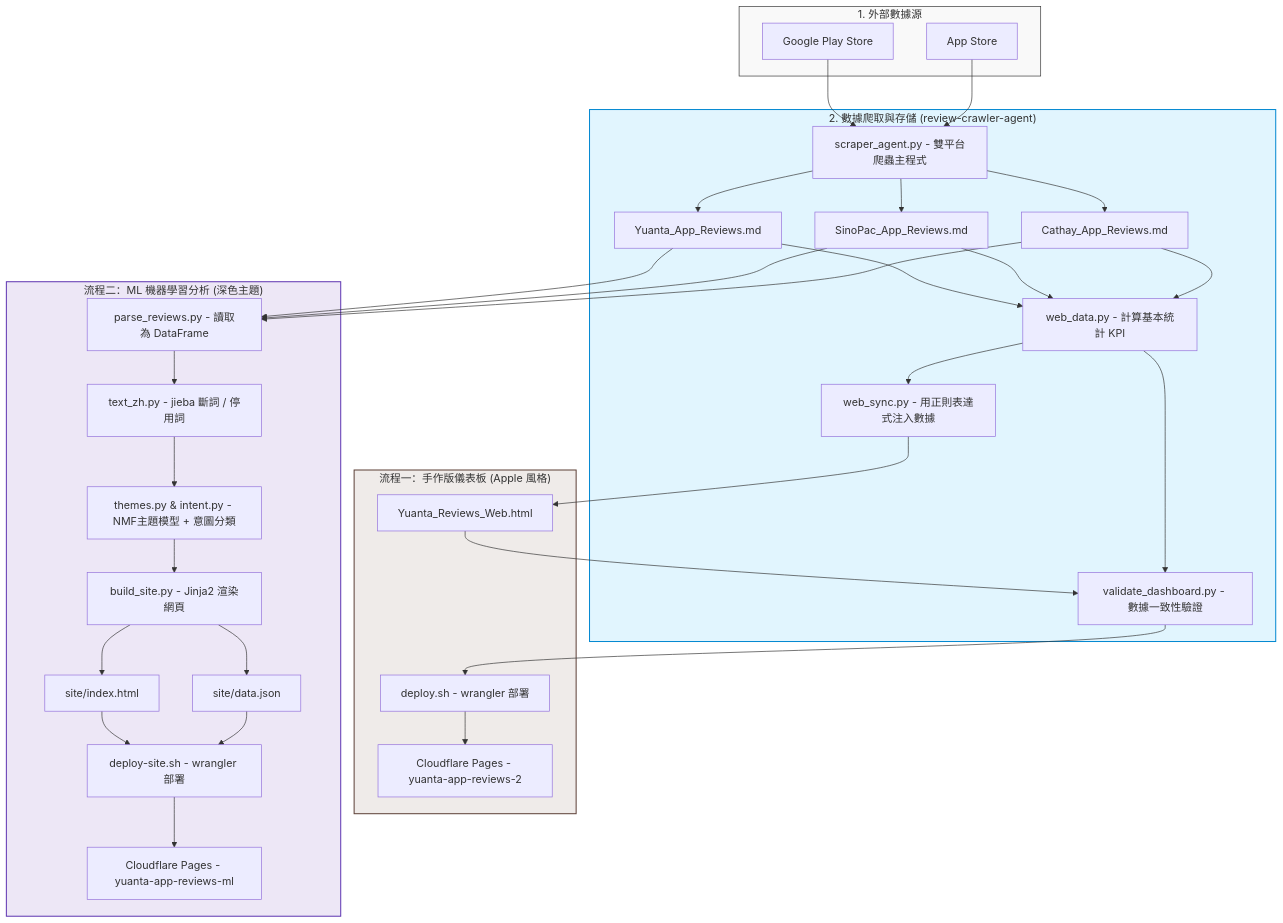
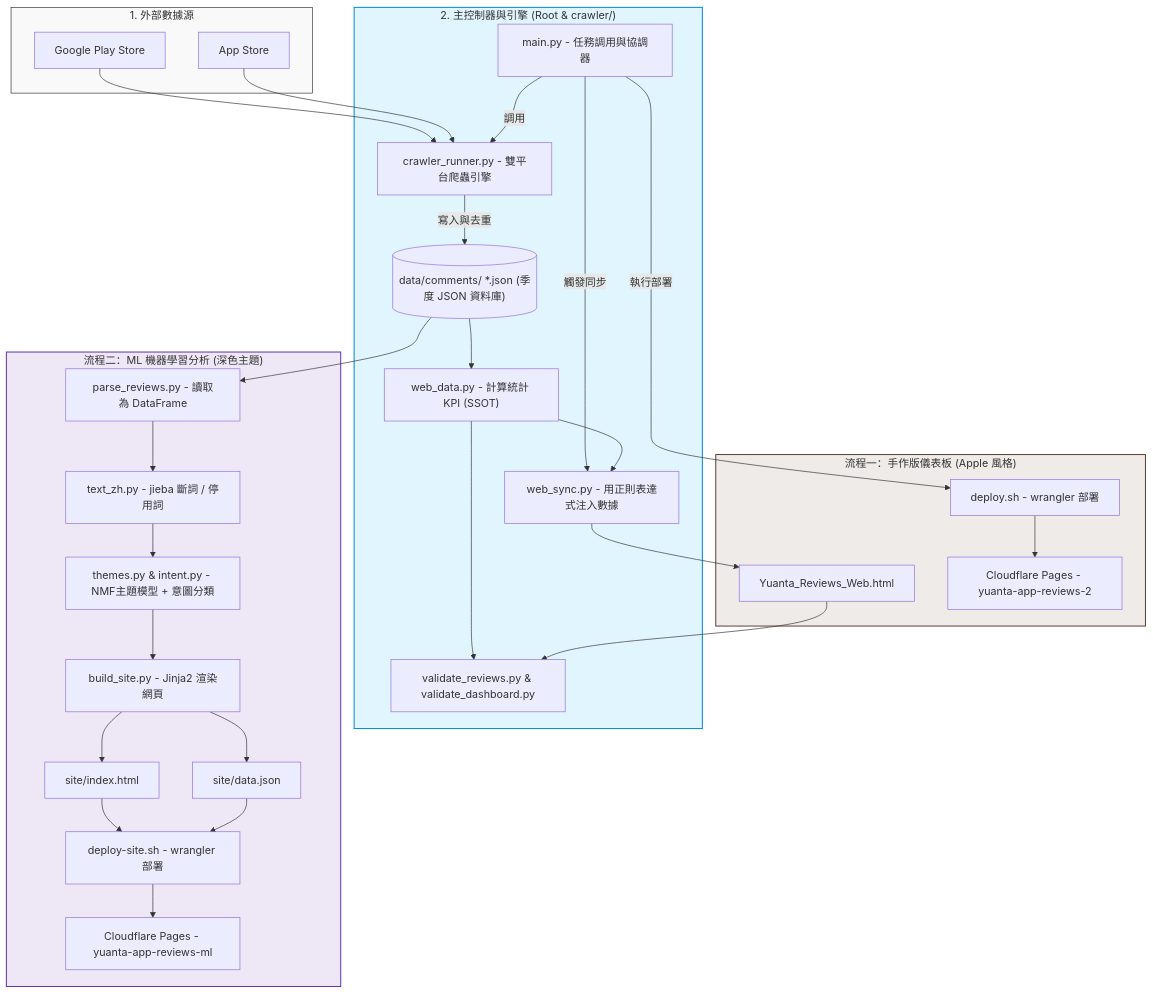
One commit to shohsu221/yuanta-app-reviews-2.0 changed the diagram in README.md. Above: the diagram before and after it, drawn with Mermaid. The commit also changed other lines of this file and 38 other files, not shown here.

Commit message:
refactor: migrate reviews database to quarterly JSON, separate main orchestrator, and clean crawler runner

````diff
--- a/README.md
+++ b/README.md
@@ -64,70 +72,69 @@
 ```mermaid
 graph TD
     %% 數據源
     subgraph DataSources ["1. 外部數據源"]
         GP["Google Play Store"]
         AS["App Store"]
     end
 
-    %% 爬蟲模組
-    subgraph CrawlerModule ["2. 數據爬取與存儲 (review-crawler-agent)"]
-        Scraper["scraper_agent.py - 雙平台爬蟲主程式"]
-        MD1["Yuanta_App_Reviews.md"]
-        MD2["SinoPac_App_Reviews.md"]
-        MD3["Cathay_App_Reviews.md"]
-        WD["web_data.py - 計算基本統計 KPI"]
+    %% 爬蟲與核心引擎
+    subgraph ControllerModule ["2. 主控制器與引擎 (Root & crawler/)"]
+        M["main.py - 任務調用與協調器"]
+        CR["crawler_runner.py - 雙平台爬蟲引擎"]
+        DB[("data/comments/ *.json (季度 JSON 資料庫)")]
+        WD["web_data.py - 計算統計 KPI (SSOT)"]
         WS["web_sync.py - 用正則表達式注入數據"]
-        VAL["validate_dashboard.py - 數據一致性驗證"]
+        VAL["validate_reviews.py & validate_dashboard.py"]
     end
 
     %% 流程一：手作儀表板
     subgraph Pipeline1 ["流程一：手作版儀表板 (Apple 風格)"]
         HTML1["Yuanta_Reviews_Web.html"]
         DEP1["deploy.sh - wrangler 部署"]
         CF1["Cloudflare Pages - yuanta-app-reviews-2"]
     end
 
     %% 流程二：ML 儀表板
     subgraph Pipeline2 ["流程二：ML 機器學習分析 (深色主題)"]
         PR["parse_reviews.py - 讀取為 DataFrame"]
         NLP["text_zh.py - jieba 斷詞 / 停用詞"]
         ML["themes.py & intent.py - NMF主題模型 + 意圖分類"]
         BS["build_site.py - Jinja2 渲染網頁"]
         OUT_JSON["site/data.json"]
         OUT_HTML["site/index.html"]
         DEP2["deploy-site.sh - wrangler 部署"]
         CF2["Cloudflare Pages - yuanta-app-reviews-ml"]
     end
 
     %% 資料流向與連接
-    GP --> Scraper
-    AS --> Scraper
-    Scraper --> MD1
-    Scraper --> MD2
-    Scraper --> MD3
+    GP --> CR
+    AS --> CR
+    M -->|調用| CR
+    CR -->|寫入與去重| DB
 
     %% 流程一資料流
-    MD1 & MD2 & MD3 --> WD
+    DB --> WD
+    M -->|觸發同步| WS
     WD --> WS
     WD --> VAL
     WS --> HTML1
     HTML1 --> VAL
-    VAL --> DEP1
+    M -->|執行部署| DEP1
     DEP1 --> CF1
 
     %% 流程二資料流
-    MD1 & MD2 & MD3 --> PR
+    DB --> PR
     PR --> NLP
     NLP --> ML
     ML --> BS
     BS --> OUT_JSON
     BS --> OUT_HTML
     OUT_HTML & OUT_JSON --> DEP2
     DEP2 --> CF2
 
     %% 樣式設定
     style DataSources fill:#f9f9f9,stroke:#333,stroke-width:1px
-    style CrawlerModule fill:#e1f5fe,stroke:#0288d1,stroke-width:1.5px
+    style ControllerModule fill:#e1f5fe,stroke:#0288d1,stroke-width:1.5px
     style Pipeline1 fill:#efebe9,stroke:#5d4037,stroke-width:1.5px
     style Pipeline2 fill:#ede7f6,stroke:#5e35b1,stroke-width:1.5px
 ```
````
